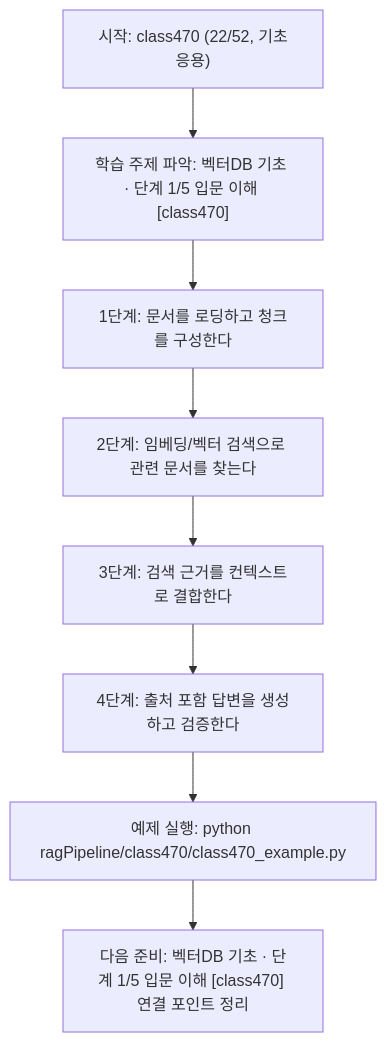
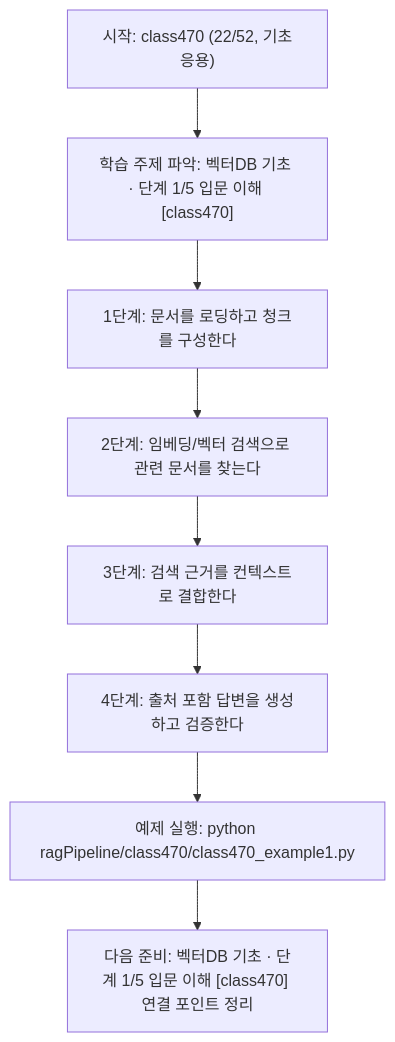
The diagram in ragPipeline/class470/class470.md (edumgt/Python-AI_Agent-Class), drawn with Mermaid before and after one commit. The commit also changed other lines of this file and 2959 other files, not shown here.

````diff
--- a/ragPipeline/class470/class470.md
+++ b/ragPipeline/class470/class470.md
@@ -111,18 +111,18 @@
 ```mermaid
 flowchart TD
 N1["시작: class470 (22/52, 기초응용)"]
 N2["학습 주제 파악: 벡터DB 기초 · 단계 1/5 입문 이해 [class470]"]
 N3["1단계: 문서를 로딩하고 청크를 구성한다"]
 N4["2단계: 임베딩/벡터 검색으로 관련 문서를 찾는다"]
 N5["3단계: 검색 근거를 컨텍스트로 결합한다"]
 N6["4단계: 출처 포함 답변을 생성하고 검증한다"]
-N7["예제 실행: python ragPipeline/class470/class470_example.py"]
+N7["예제 실행: python ragPipeline/class470/class470_example1.py"]
 N8["다음 준비: 벡터DB 기초 · 단계 1/5 입문 이해 [class470] 연결 포인트 정리"]
 N1 --> N2
 N2 --> N3
 N3 --> N4
 N4 --> N5
 N5 --> N6
 N6 --> N7
 N7 --> N8
 ```
````
